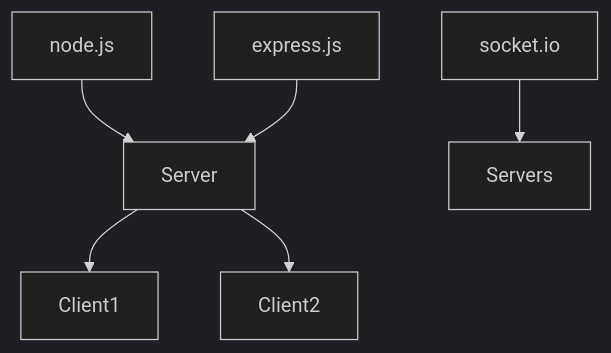
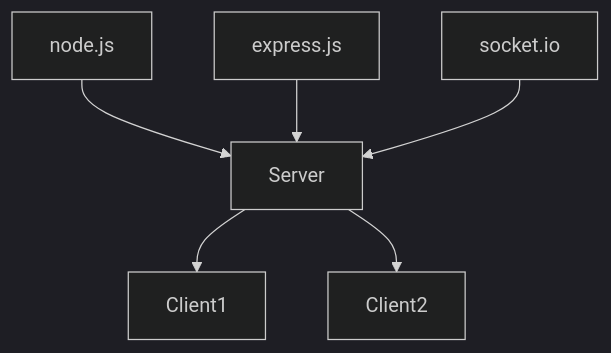
The first of 2 diagrams in README.md (WUOYD/tictactoe_mp), drawn with Mermaid (dark theme) before and after one commit.

````diff
--- a/README.md
+++ b/README.md
@@ -27,14 +27,14 @@
 ```mermaid
 
 graph TD
 
 node.js --> Server;
 
 express.js --> Server;
 
-socket.io --> Servers;
+socket.io --> Server;
 
 Server -->Client1;
 
 Server -->Client2;
 ```
````
